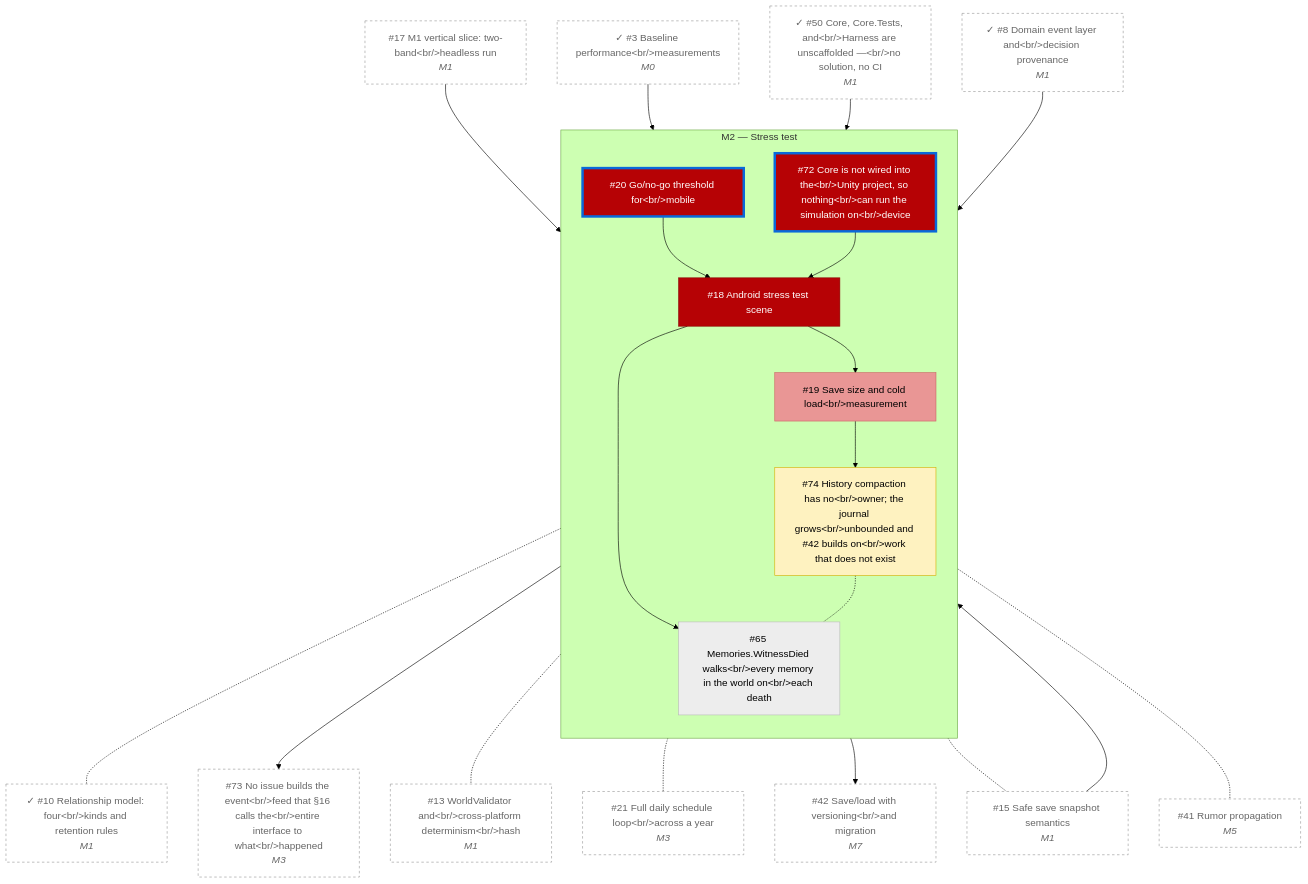
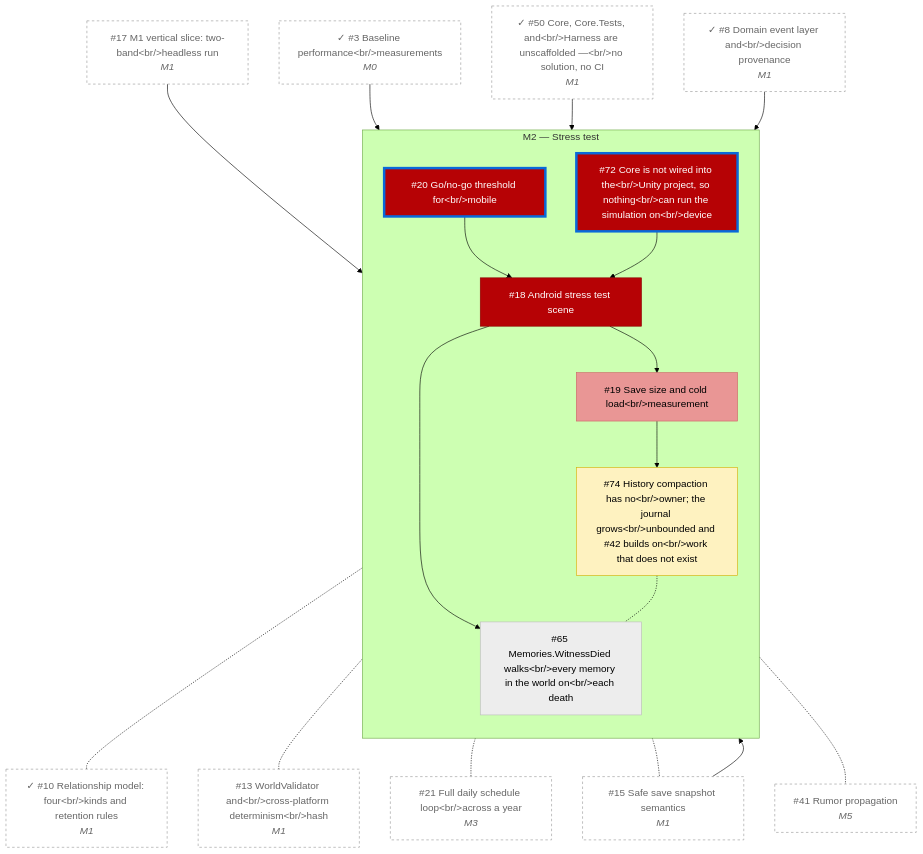
Before and after one commit to zhollis21/KingdomWatch: the diagram in docs/roadmap/M2.md, drawn with Mermaid (forest theme). The commit also changed 7 other files, not shown here.

````diff
--- a/docs/roadmap/M2.md
+++ b/docs/roadmap/M2.md
@@ -9,50 +9,46 @@
 ```mermaid
 flowchart TD
   subgraph MSM2Stresstest["M2 — Stress test"]
     direction TD
     I18["#18 Android stress test scene"]:::p0
     I19["#19 Save size and cold load#lt;br/#gt;measurement"]:::p1
     I20["#20 Go/no-go threshold for#lt;br/#gt;mobile"]:::p0
     I65["#65 Memories.WitnessDied walks#lt;br/#gt;every memory in the world on#lt;br/#gt;each death"]:::p3
     I72["#72 Core is not wired into the#lt;br/#gt;Unity project, so nothing#lt;br/#gt;can run the simulation on#lt;br/#gt;device"]:::p0
     I74["#74 History compaction has no#lt;br/#gt;owner; the journal grows#lt;br/#gt;unbounded and #42 builds on#lt;br/#gt;work that does not exist"]:::p2
   end
   I3["✓ #3 Baseline performance#lt;br/#gt;measurements<br/><i>M0</i>"]:::ext
   I8["✓ #8 Domain event layer and#lt;br/#gt;decision provenance<br/><i>M1</i>"]:::ext
   I10["✓ #10 Relationship model: four#lt;br/#gt;kinds and retention rules<br/><i>M1</i>"]:::ext
   I13["#13 WorldValidator and#lt;br/#gt;cross-platform determinism#lt;br/#gt;hash<br/><i>M1</i>"]:::ext
   I15["#15 Safe save snapshot semantics<br/><i>M1</i>"]:::ext
   I17["#17 M1 vertical slice: two-band#lt;br/#gt;headless run<br/><i>M1</i>"]:::ext
   I21["#21 Full daily schedule loop#lt;br/#gt;across a year<br/><i>M3</i>"]:::ext
   I41["#41 Rumor propagation<br/><i>M5</i>"]:::ext
-  I42["#42 Save/load with versioning#lt;br/#gt;and migration<br/><i>M7</i>"]:::ext
   I50["✓ #50 Core, Core.Tests, and#lt;br/#gt;Harness are unscaffolded —#lt;br/#gt;no solution, no CI<br/><i>M1</i>"]:::ext
-  I73["#73 No issue builds the event#lt;br/#gt;feed that §16 calls the#lt;br/#gt;entire interface to what#lt;br/#gt;happened<br/><i>M3</i>"]:::ext
   I17 --> I18
   I20 --> I18
   I72 --> I18
   I15 --> I19
   I18 --> I19
   I3 --> I20
   I18 --> I65
   I65 -.- I10
   I50 --> I72
-  I72 --> I73
   I72 -.- I13
   I72 -.- I21
   I8 --> I74
   I19 --> I74
-  I74 --> I42
   I74 -.- I15
   I74 -.- I41
   I74 -.- I65
   classDef p0 fill:#b60205,color:#fff,stroke:#8c0000
   classDef p1 fill:#e99695,color:#000,stroke:#c66
   classDef p2 fill:#fef2c0,color:#000,stroke:#d4b106
   classDef p3 fill:#ededed,color:#000,stroke:#bbb
   classDef none fill:#fff,color:#000,stroke:#999
   classDef done fill:#2da44e,color:#fff,stroke:#1a7f37
   classDef ext fill:#fff,color:#666,stroke:#999,stroke-dasharray:4 4
   style I20 stroke:#0969da,stroke-width:4px
   style I72 stroke:#0969da,stroke-width:4px
 ```
````
